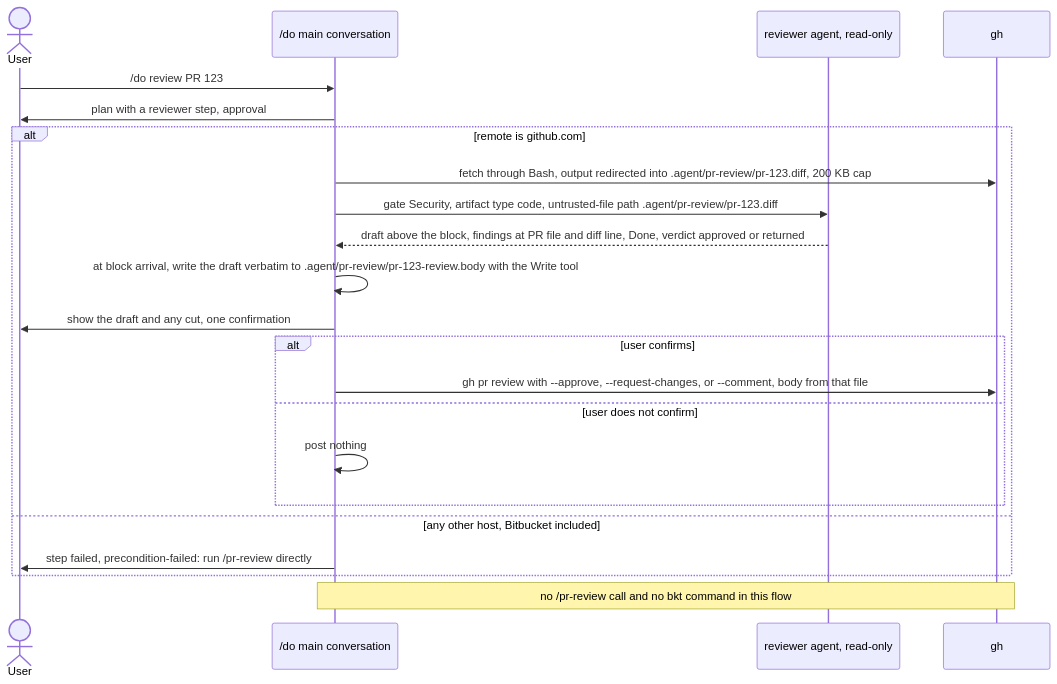
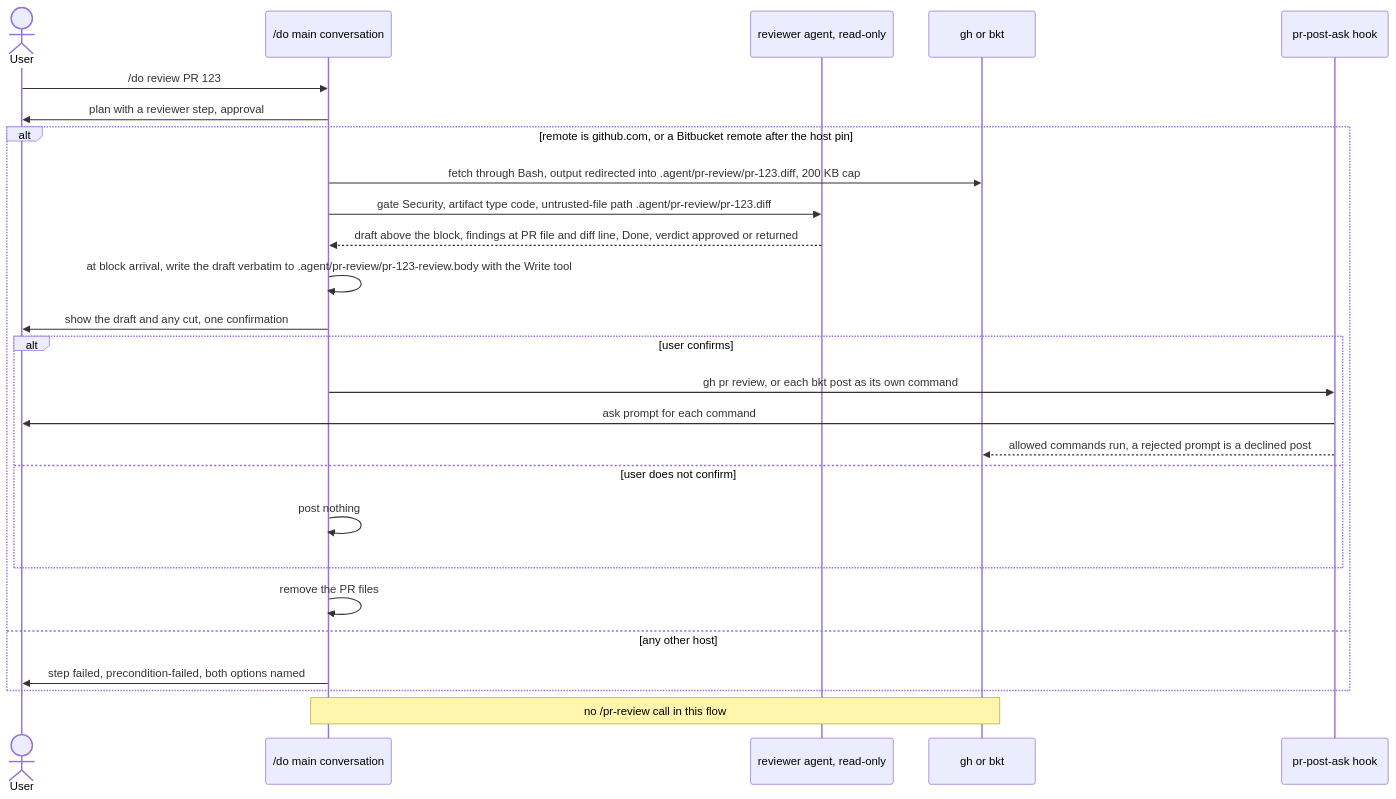
The diagram in specs/spec-skills-pr-review-do.mmd (tjmonsi/assist-marketplace-plugin), drawn with Mermaid before and after one commit. The commit also changed 24 other files, not shown here.

```diff
--- a/specs/spec-skills-pr-review-do.mmd
+++ b/specs/spec-skills-pr-review-do.mmd
@@ -1,22 +1,26 @@
 sequenceDiagram
   actor User
   participant Do as /do main conversation
   participant Rev as reviewer agent, read-only
-  participant CLI as gh
+  participant CLI as gh or bkt
+  participant Hook as pr-post-ask hook
   User->>Do: /do review PR 123
   Do->>User: plan with a reviewer step, approval
-  alt remote is github.com
+  alt remote is github.com, or a Bitbucket remote after the host pin
     Do->>CLI: fetch through Bash, output redirected into .agent/pr-review/pr-123.diff, 200 KB cap
     Do->>Rev: gate Security, artifact type code, untrusted-file path .agent/pr-review/pr-123.diff
     Rev-->>Do: draft above the block, findings at PR file and diff line, Done, verdict approved or returned
     Do->>Do: at block arrival, write the draft verbatim to .agent/pr-review/pr-123-review.body with the Write tool
     Do->>User: show the draft and any cut, one confirmation
     alt user confirms
-      Do->>CLI: gh pr review with --approve, --request-changes, or --comment, body from that file
+      Do->>Hook: gh pr review, or each bkt post as its own command
+      Hook->>User: ask prompt for each command
+      Hook-->>CLI: allowed commands run, a rejected prompt is a declined post
     else user does not confirm
       Do->>Do: post nothing
     end
-  else any other host, Bitbucket included
-    Do->>User: step failed, precondition-failed: run /pr-review directly
+    Do->>Do: remove the PR files
+  else any other host
+    Do->>User: step failed, precondition-failed, both options named
   end
-  Note over Do,CLI: no /pr-review call and no bkt command in this flow
+  Note over Do,CLI: no /pr-review call in this flow
```
